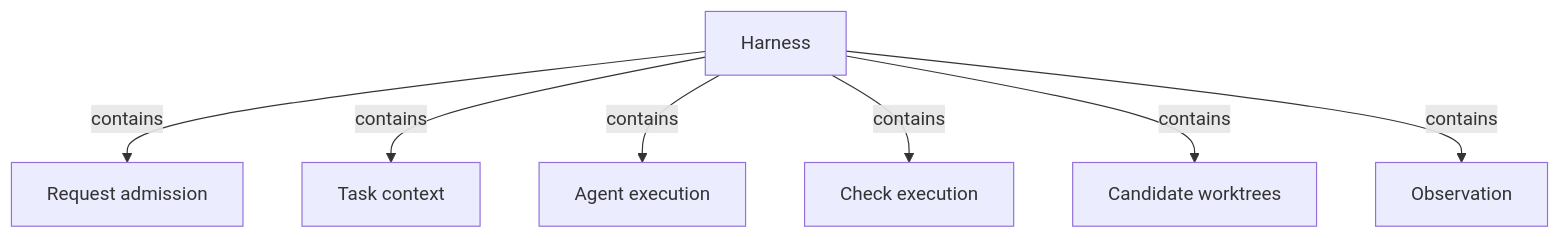
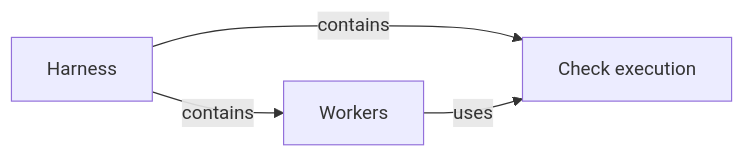
The diagram in specs/concorde/harness/module.md (FTOD/concorde), drawn with Mermaid before and after one commit. The commit also changed other lines of this file and 666 other files, not shown here.

First line of the commit message:
Remove the Pi, LangGraph and admission harness and restructure the Specs

````diff
--- a/specs/concorde/harness/module.md
+++ b/specs/concorde/harness/module.md
@@ -92,18 +101,11 @@
 ```mermaid
-flowchart TB
-    accTitle: The parts of the Harness
-    accDescr: The Harness contains six Modules.
+flowchart LR
+    accTitle: The Harness and its children
+    accDescr: The Harness contains Workers and Check execution; Workers uses Check execution to run configured checks between resume rounds.
     harness[Harness]
-    admission[Request admission]
-    context[Task context]
-    execution[Agent execution]
+    workers[Workers]
     checks[Check execution]
-    worktrees[Candidate worktrees]
-    observation[Observation]
-    harness -->|contains| admission
-    harness -->|contains| context
-    harness -->|contains| execution
+    harness -->|contains| workers
     harness -->|contains| checks
-    harness -->|contains| worktrees
-    harness -->|contains| observation
+    workers -->|uses| checks
 ```
````
